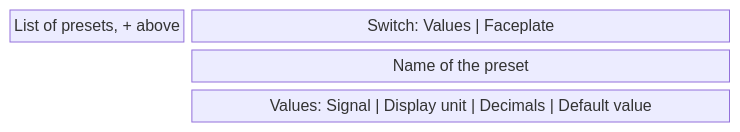
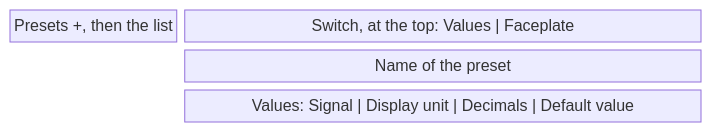
One commit to AlexandreGallais/synoptic-studio-spec changed the ninth of 15 diagrams in screens/metadata.md. Above: the diagram before and after it, drawn with Mermaid. The commit also changed other lines of this file and 12 other files, not shown here.

````diff
--- a/screens/metadata.md
+++ b/screens/metadata.md
@@ -324,7 +306,7 @@
 ```mermaid
 block-beta
     columns 4
-    list["List of presets, + above"] sw["Switch: Values | Faceplate"]:3
+    list["Presets +, then the list"] sw["Switch, at the top: Values | Faceplate"]:3
     space name["Name of the preset"]:3
     space values["Values: Signal | Display unit | Decimals | Default value"]:3
 ```
````
